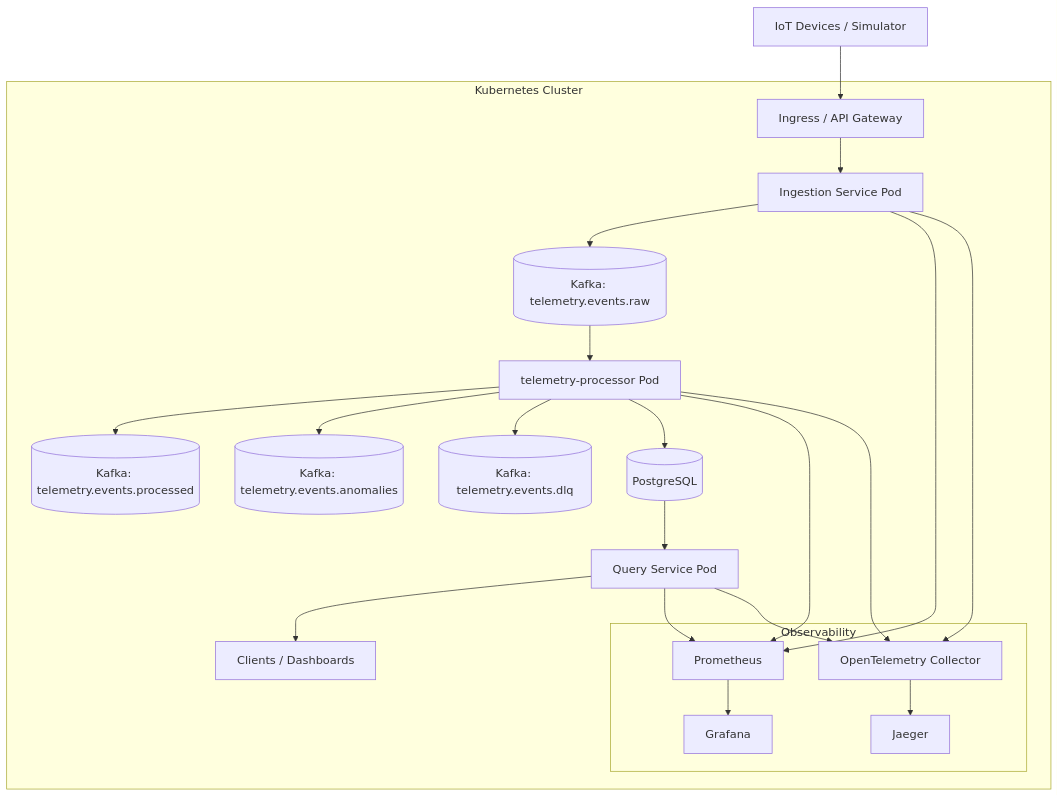
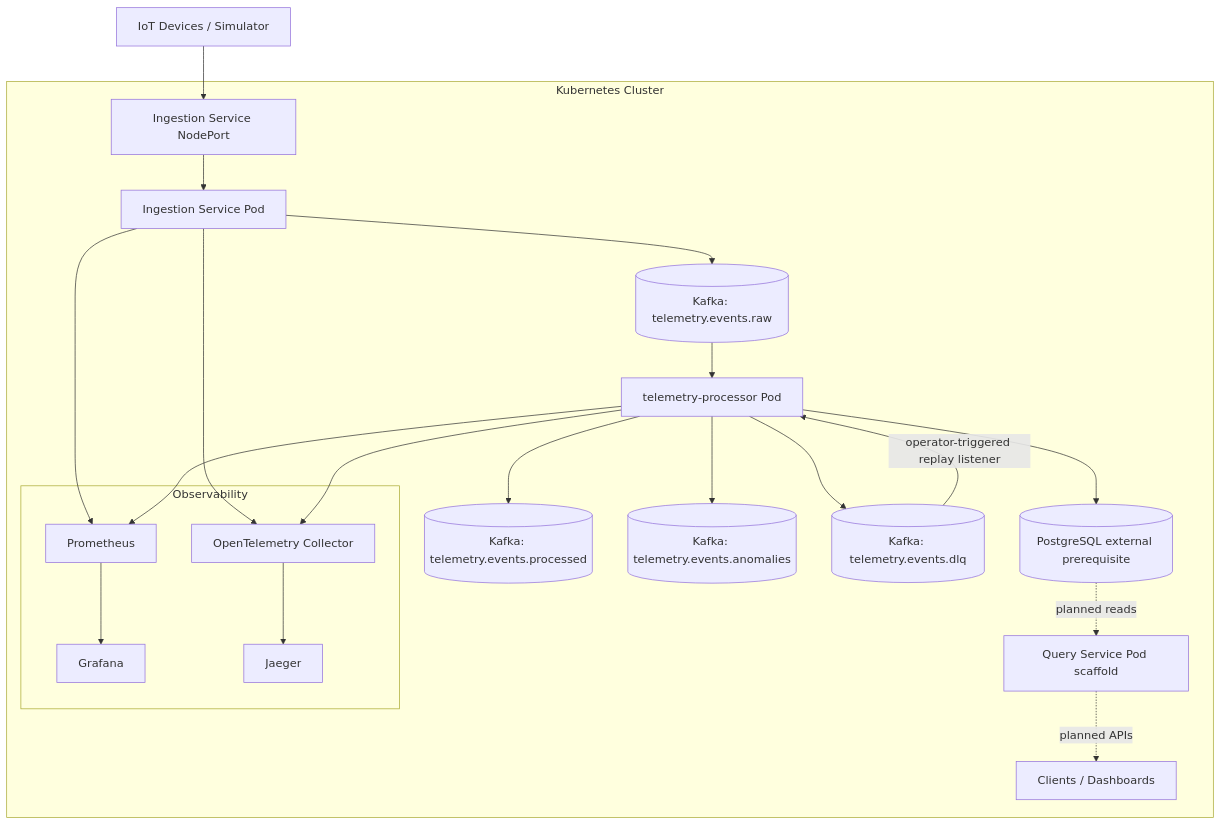
The diagram in docs/diagrams/kubernetes-deployment.md (ME-Massine/pulsestream), drawn with Mermaid before and after one commit. The commit also changed other lines of this file and 12 other files, not shown here.

First line of the commit message:
docs: synchronize roadmap, project state, and diagrams for Phase 7 (#261) (#302)

````diff
--- a/docs/diagrams/kubernetes-deployment.md
+++ b/docs/diagrams/kubernetes-deployment.md
@@ -5,37 +5,37 @@
 ```mermaid
 flowchart TB
-    U[IoT Devices / Simulator] --> I[Ingress / API Gateway]
+    U[IoT Devices / Simulator] --> I[Ingestion Service NodePort]
 
     subgraph Kubernetes Cluster
         I --> S1[Ingestion Service Pod]
         S1 --> K1[(Kafka: telemetry.events.raw)]
 
         K1 --> S2[telemetry-processor Pod]
         S2 --> K2[(Kafka: telemetry.events.processed)]
         S2 --> K3[(Kafka: telemetry.events.anomalies)]
         S2 --> K4[(Kafka: telemetry.events.dlq)]
 
-        S2 --> DB[(PostgreSQL)]
+        K4 -->|operator-triggered replay listener| S2
 
-        DB --> S3[Query Service Pod]
-        S3 --> C[Clients / Dashboards]
+        S2 --> DB[(PostgreSQL external prerequisite)]
+
+        DB -.->|planned reads| S3[Query Service Pod scaffold]
+        S3 -.->|planned APIs| C[Clients / Dashboards]
 
         subgraph Observability
             P[Prometheus]
             G[Grafana]
             O[OpenTelemetry Collector]
             J[Jaeger]
         end
 
         S1 --> P
         S2 --> P
-        S3 --> P
 
         S1 --> O
         S2 --> O
-        S3 --> O
 
         P --> G
         O --> J
     end
 ```
````
